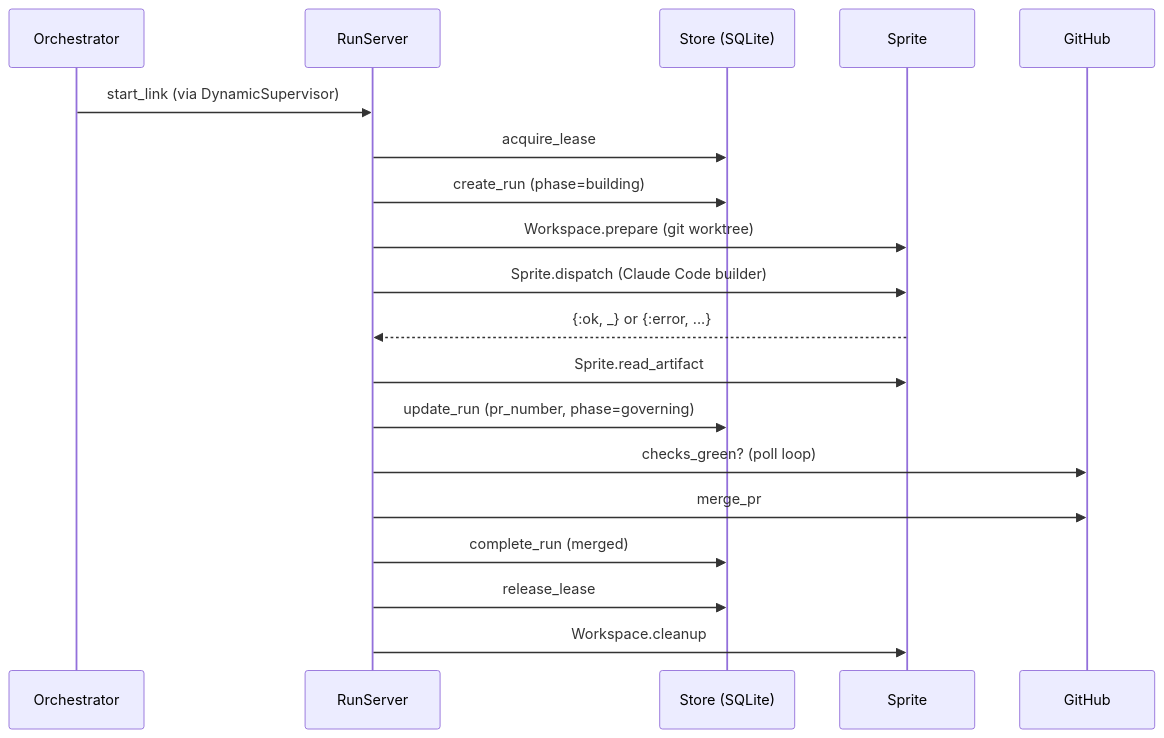
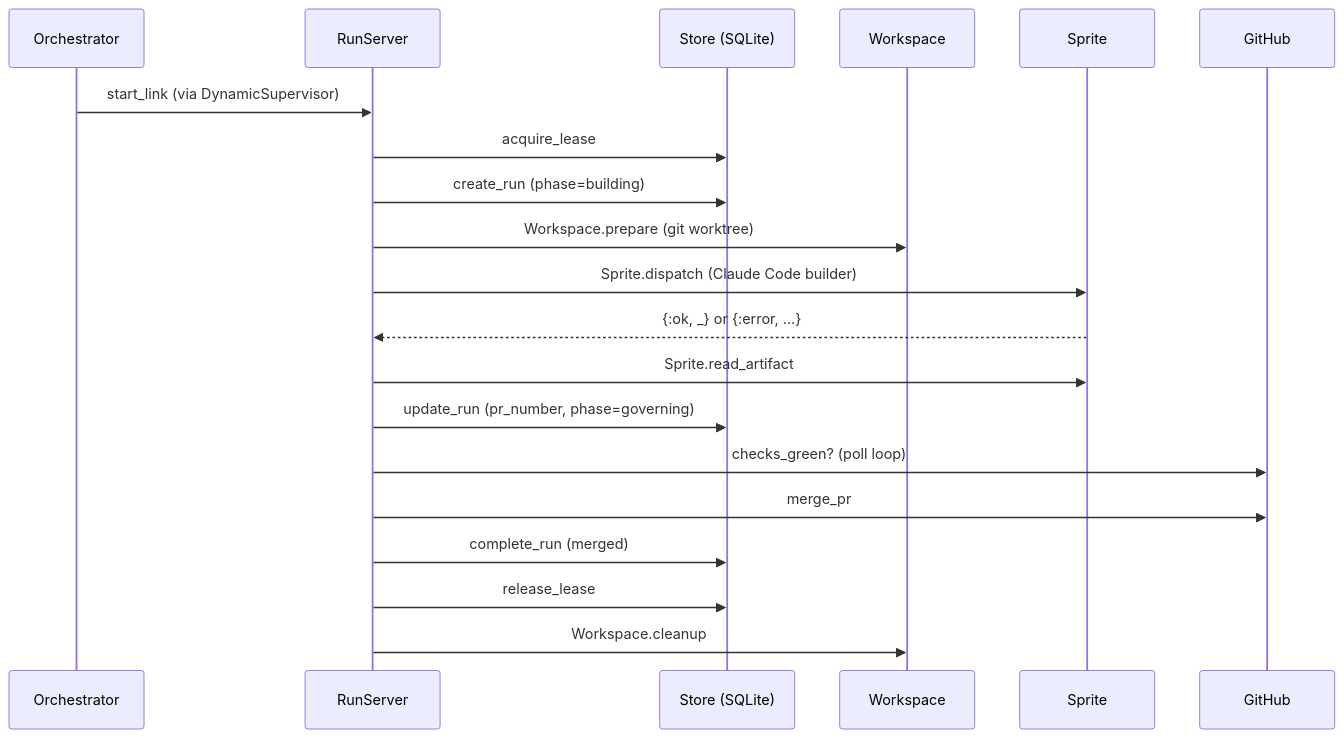
Before and after one commit to misty-step/bitterblossom: the fourth of 4 diagrams in docs/architecture/conductor.md, drawn with Mermaid.

Commit message:
docs: separate Workspace participant in RunServer trace bullet
Workspace.prepare and Workspace.cleanup were addressed to the Sprite
participant (SP), conflating two distinct Elixir modules. Add an
explicit Workspace participant so the sequence diagram accurately
reflects which module handles each call.

````diff
--- a/docs/architecture/conductor.md
+++ b/docs/architecture/conductor.md
@@ -70,22 +70,23 @@
 ```mermaid
 sequenceDiagram
     participant O as Orchestrator
     participant RS as RunServer
     participant S as Store (SQLite)
+    participant W as Workspace
     participant SP as Sprite
     participant GH as GitHub
 
     O->>RS: start_link (via DynamicSupervisor)
     RS->>S: acquire_lease
     RS->>S: create_run (phase=building)
-    RS->>SP: Workspace.prepare (git worktree)
+    RS->>W: Workspace.prepare (git worktree)
     RS->>SP: Sprite.dispatch (Claude Code builder)
     SP-->>RS: {:ok, _} or {:error, ...}
     RS->>SP: Sprite.read_artifact
     RS->>S: update_run (pr_number, phase=governing)
     RS->>GH: checks_green? (poll loop)
     RS->>GH: merge_pr
     RS->>S: complete_run (merged)
     RS->>S: release_lease
-    RS->>SP: Workspace.cleanup
+    RS->>W: Workspace.cleanup
 ```
````
